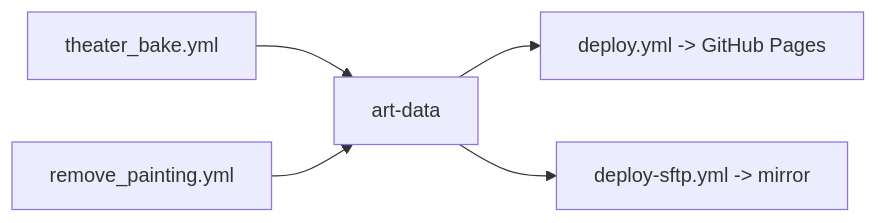
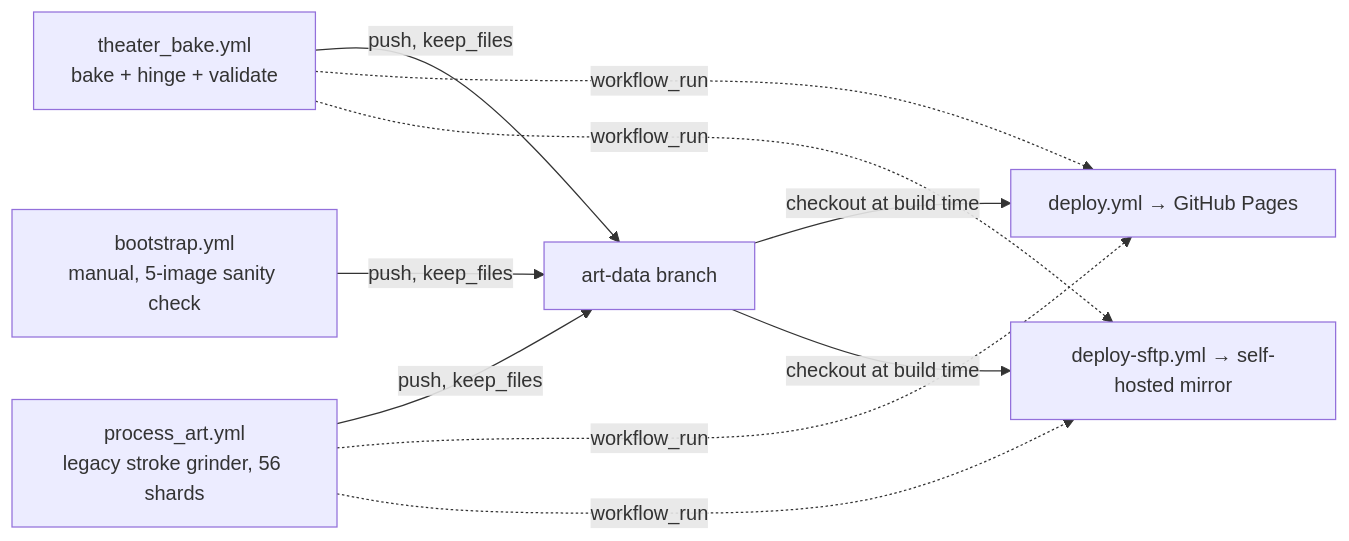
Before and after one commit to HereLiesAz/hereliesaz.github.io: the second of 2 diagrams in docs/ARCHITECTURE.md, drawn with Mermaid. The commit also changed other lines of this file and 33 other files, not shown here.

````diff
--- a/docs/ARCHITECTURE.md
+++ b/docs/ARCHITECTURE.md
@@ -77,7 +161,12 @@
 ```mermaid
 graph LR
-    TB[theater_bake.yml] --> AD[art-data]
-    RP[remove_painting.yml] --> AD
-    AD --> DP[deploy.yml -> GitHub Pages]
-    AD --> SF[deploy-sftp.yml -> mirror]
+    TB[theater_bake.yml<br/>bake + hinge + validate] -->|push, keep_files| AD[art-data branch]
+    PA[process_art.yml<br/>legacy stroke grinder, 56 shards] -->|push, keep_files| AD
+    BS[bootstrap.yml<br/>manual, 5-image sanity check] -->|push, keep_files| AD
+    AD -->|checkout at build time| DP[deploy.yml → GitHub Pages]
+    AD -->|checkout at build time| SF[deploy-sftp.yml → self-hosted mirror]
+    TB -.workflow_run.-> DP
+    PA -.workflow_run.-> DP
+    TB -.workflow_run.-> SF
+    PA -.workflow_run.-> SF
 ```
````
